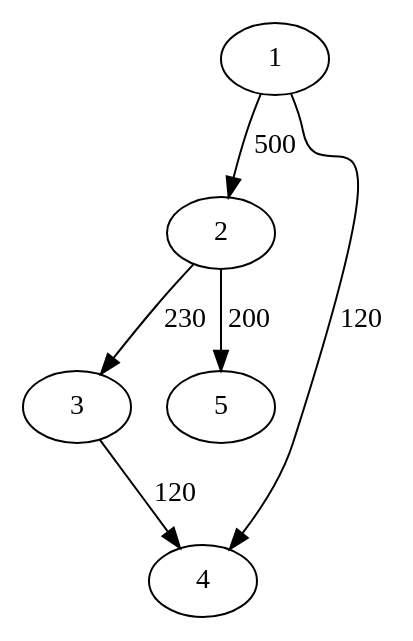
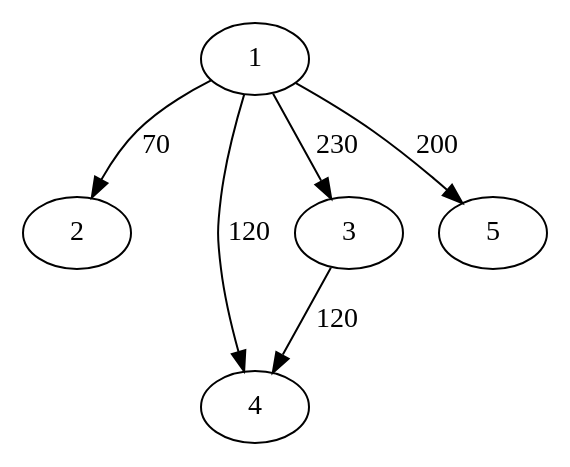
Before and after one commit to pedrovanzella/grafo-cpmf: the diagram in docs/test_trivial.txt.reduced.dot, drawn with Graphviz. The commit also changed 1 other file, not shown here.

```diff
--- a/docs/test_trivial.txt.reduced.dot
+++ b/docs/test_trivial.txt.reduced.dot
@@ -1,7 +1,7 @@
 strict digraph  {
-	1 -> 2	 [label=500];
+	1 -> 2	 [label=70];
 	1 -> 4	 [label=120];
-	2 -> 3	 [label=230];
-	2 -> 5	 [label=200];
+	1 -> 3	 [label=230];
+	1 -> 5	 [label=200];
 	3 -> 4	 [label=120];
 }
```
